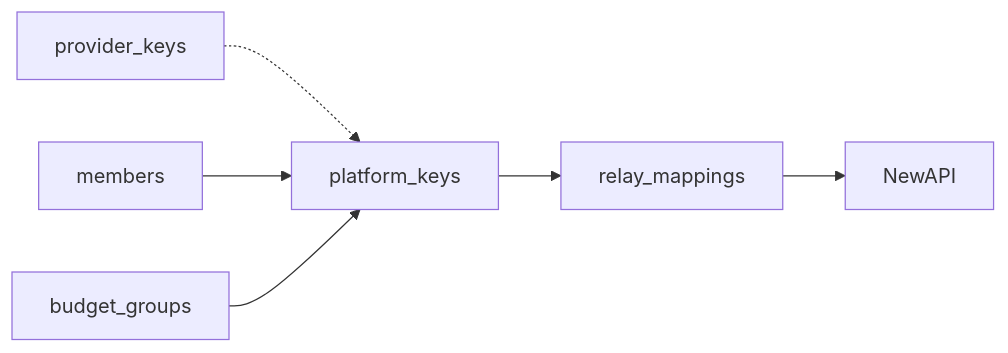
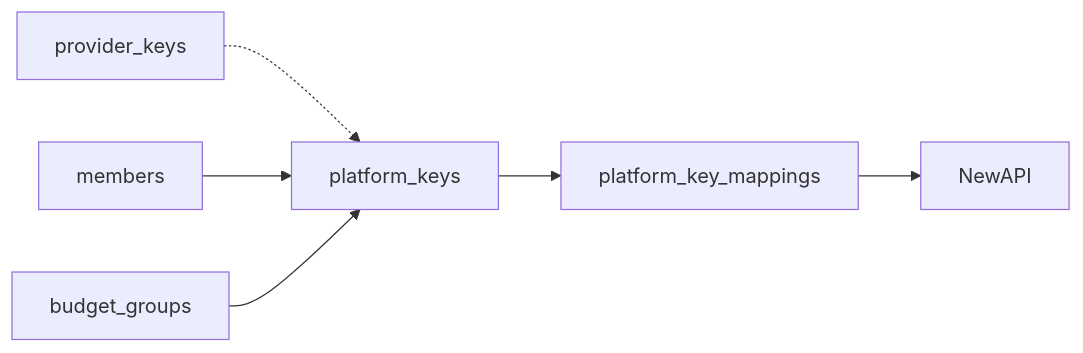
One commit to quyip8818/mytokenjoy changed the fifth of 7 diagrams in docs/Backend-存储架构.md. Above: the diagram before and after it, drawn with Mermaid. The commit also changed other lines of this file and 169 other files, not shown here.

````diff
--- a/docs/Backend-存储架构.md
+++ b/docs/Backend-存储架构.md
@@ -134,7 +134,7 @@
 ```mermaid
 flowchart LR
   PPK[provider_keys] -.-> PLK[platform_keys]
   M[members] --> PLK
   BG[budget_groups] --> PLK
-  PLK --> RM[relay_mappings] --> NA[NewAPI]
+  PLK --> RM[platform_key_mappings] --> NA[NewAPI]
 ```
````
